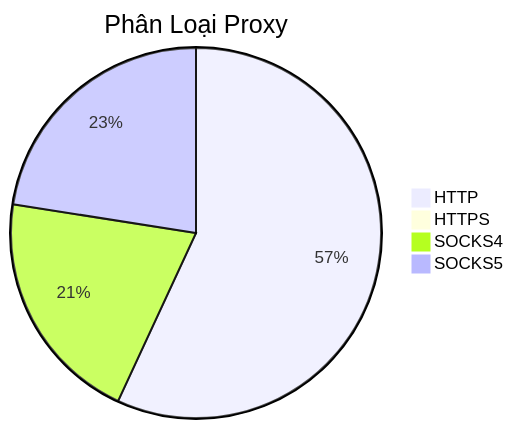
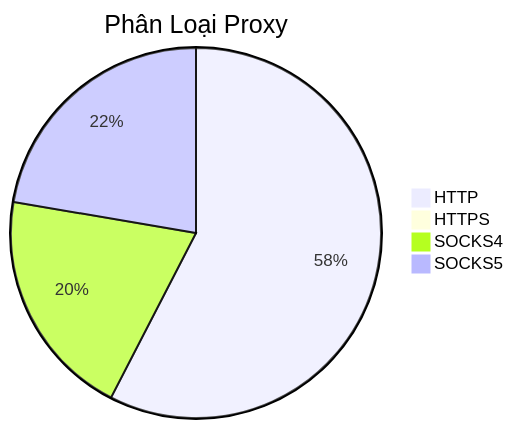
The diagram in README.md (Ciara-12/PROXY-free), drawn with Mermaid before and after one commit. The commit also changed other lines of this file and 4 other files, not shown here.

````diff
--- a/README.md
+++ b/README.md
@@ -26,7 +26,7 @@
 ```mermaid
 pie title Phân Loại Proxy
-    "HTTP" : 844
-    "HTTPS" : 0
-    "SOCKS4" : 305
-    "SOCKS5" : 334
+    "HTTP" : 911
+    "HTTPS" : 2
+    "SOCKS4" : 318
+    "SOCKS5" : 353
 ```
````
